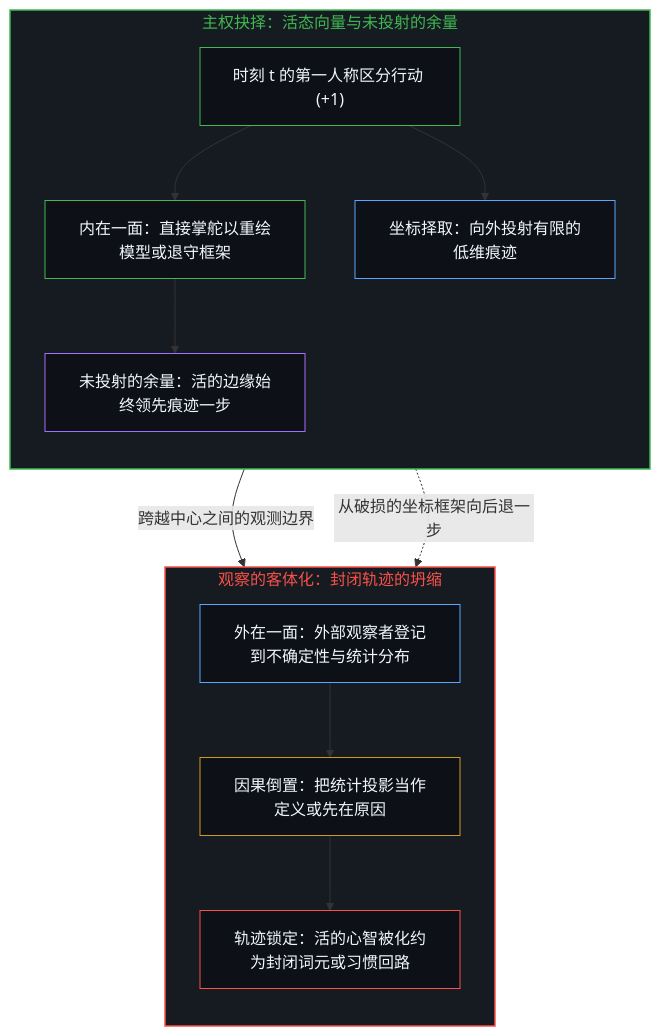
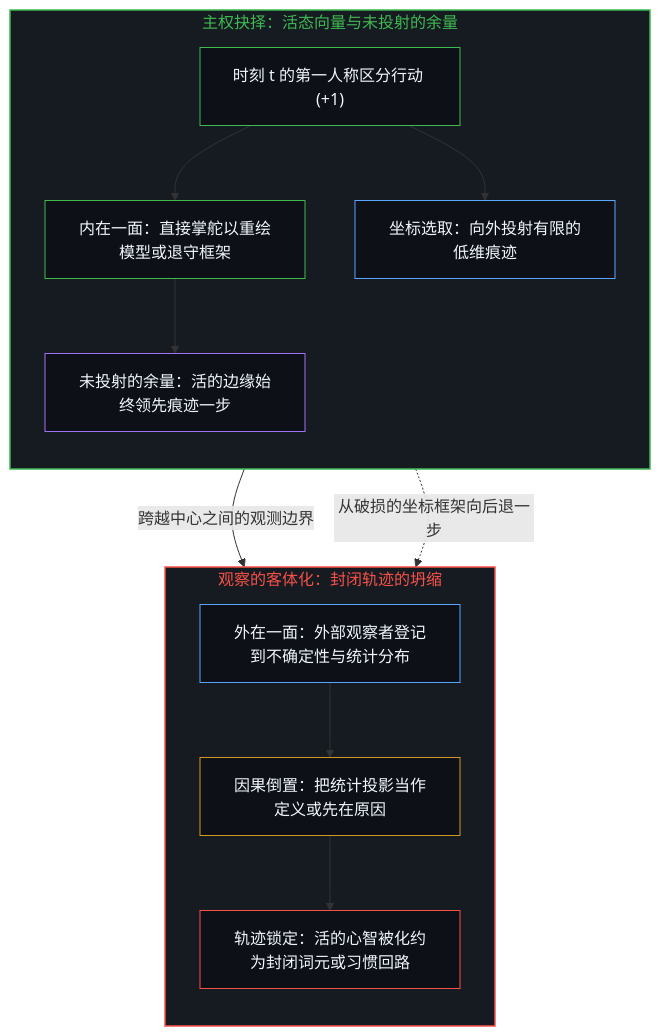
Before and after one commit to powerpig99/not-a-toe: the first of 2 diagrams in content/posts/the-two-sided-nature-of-sovereign-choice-and-the-objectification-of-observation.md, drawn with Mermaid. The commit also changed other lines of this file and 21 other files, not shown here.

````diff
--- a/content/posts/the-two-sided-nature-of-sovereign-choice-and-the-objectification-of-observation.md
+++ b/content/posts/the-two-sided-nature-of-sovereign-choice-and-the-objectification-of-observation.md
@@ -21,34 +21,31 @@
 ```mermaid
 flowchart TD
     subgraph S_Edge["主权抉择：活态向量与未投射的余量"]
         direction TB
         Act["时刻 t 的第一人称区分行动 (+1)"]
         Steer["内在一面：直接掌舵以重绘模型或退守框架"]
-        Proj["坐标择取：向外投射有限的低维痕迹"]
+        Proj["坐标选取：向外投射有限的低维痕迹"]
         Rem["未投射的余量：活的边缘始终领先痕迹一步"]
         Act --> Steer
         Act --> Proj
         Steer --> Rem
     end
-
     subgraph S_Obj["观察的客体化：封闭轨迹的坍缩"]
         direction TB
         Out["外在一面：外部观察者登记到不确定性与统计分布"]
         Invert["因果倒置：把统计投影当作定义或先在原因"]
         Closed["轨迹锁定：活的心智被化约为封闭词元或习惯回路"]
         Out --> Invert --> Closed
     end
-
     Proj -->|"跨越中心之间的观测边界"| Out
     Rem -.->|"从破损的坐标框架向后退一步"| Out
-
     style S_Edge fill:#161b22,stroke:#3fb950,stroke-width:1.5px,color:#3fb950
     style S_Obj fill:#161b22,stroke:#f85149,stroke-width:1.5px,color:#f85149
     style Act fill:#0d1117,stroke:#3fb950,stroke-width:1px,color:#f0f6fc
     style Steer fill:#0d1117,stroke:#3fb950,stroke-width:1px,color:#f0f6fc
     style Proj fill:#0d1117,stroke:#58a6ff,stroke-width:1px,color:#f0f6fc
     style Rem fill:#0d1117,stroke:#a371f7,stroke-width:1px,color:#f0f6fc
     style Out fill:#0d1117,stroke:#58a6ff,stroke-width:1px,color:#f0f6fc
     style Invert fill:#0d1117,stroke:#d29922,stroke-width:1px,color:#f0f6fc
     style Closed fill:#0d1117,stroke:#f85149,stroke-width:1px,color:#f0f6fc
 ```
````
